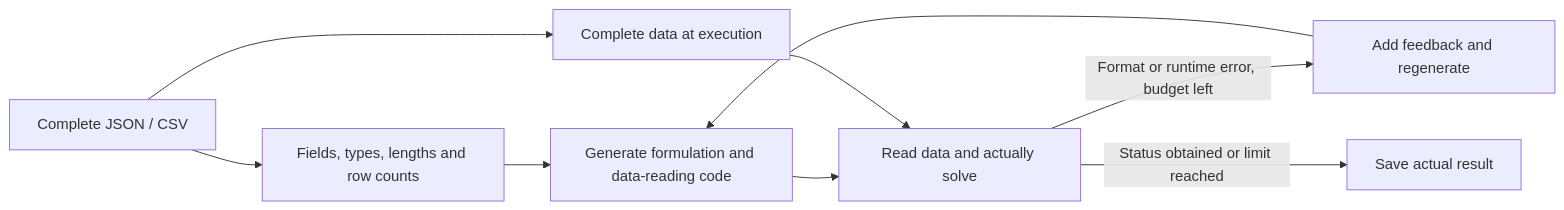
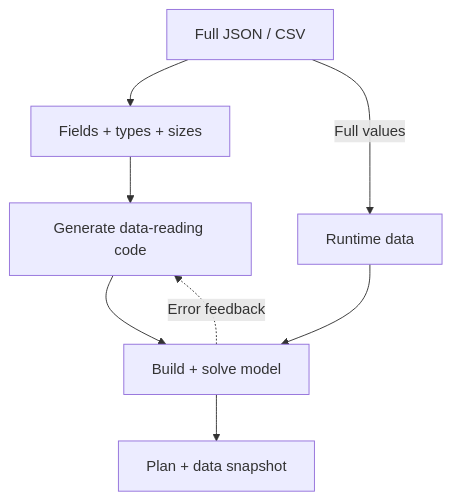
Before and after one commit to Fangziyang0910/LLM4OM: the diagram in website/content/en/bind.md, drawn with Mermaid. The commit also changed other lines of this file and 231 other files, not shown here.

````diff
--- a/website/content/en/bind.md
+++ b/website/content/en/bind.md
@@ -11,11 +11,13 @@
 ```mermaid
-flowchart LR
-  File["Complete JSON / CSV"] --> Schema["Fields, types, lengths and row counts"]
-  Schema --> LLM["Generate formulation and data-reading code"]
-  File --> Data["Complete data at execution"]
-  LLM --> Solve["Read data and actually solve"]
+flowchart TB
+  File["Full JSON / CSV"]
+  Schema["Fields + types + sizes"]
+  LLM["Generate data-reading code"]
+  Data["Runtime data"]
+  Solve["Build + solve model"]
+  Finish["Plan + data snapshot"]
+  File --> Schema --> LLM --> Solve --> Finish
+  File -->|Full values| Data
   Data --> Solve
-  Solve -->|Format or runtime error, budget left| Feedback["Add feedback and regenerate"]
-  Feedback --> LLM
-  Solve -->|Status obtained or limit reached| Finish["Save actual result"]
+  Solve -.->|Error feedback| LLM
 ```
````
